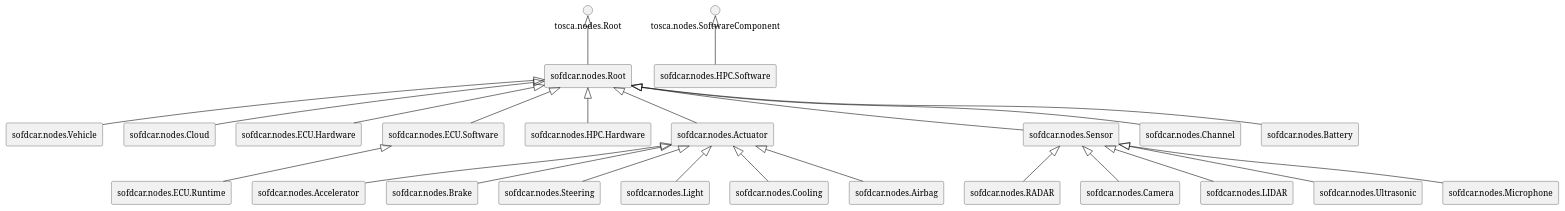
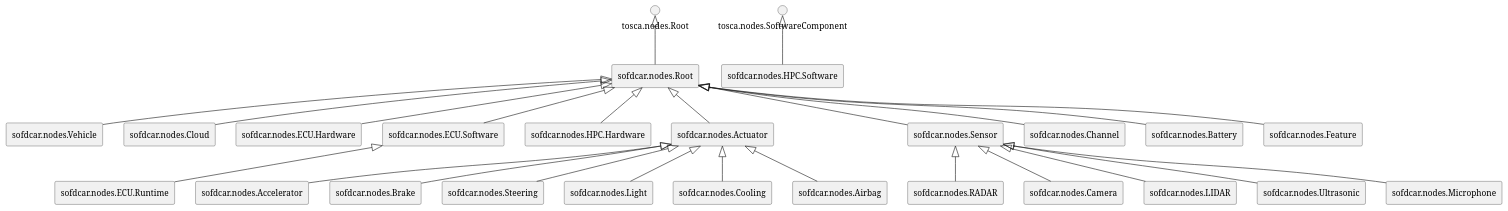
Before and after one commit to OpenTOSCA/opentosca-vintner: the diagram in docs/docs/sofdcar/tosca-sofdcar-profile-core.node-types.puml, drawn with PlantUML. The commit also changed 3 other files, not shown here.

```diff
--- a/docs/docs/sofdcar/tosca-sofdcar-profile-core.node-types.puml
+++ b/docs/docs/sofdcar/tosca-sofdcar-profile-core.node-types.puml
@@ -1,98 +1,102 @@
 @startuml
 skinparam componentStyle rectangle
 
 
 rectangle "sofdcar.nodes.Root"
 
 rectangle "sofdcar.nodes.Vehicle"
 
 rectangle "sofdcar.nodes.Cloud"
 
 rectangle "sofdcar.nodes.ECU.Hardware"
 
 rectangle "sofdcar.nodes.ECU.Software"
 
 rectangle "sofdcar.nodes.ECU.Runtime"
 
 rectangle "sofdcar.nodes.HPC.Software"
 
 rectangle "sofdcar.nodes.HPC.Hardware"
 
 rectangle "sofdcar.nodes.Actuator"
 
 rectangle "sofdcar.nodes.Accelerator"
 
 rectangle "sofdcar.nodes.Brake"
 
 rectangle "sofdcar.nodes.Steering"
 
 rectangle "sofdcar.nodes.Light"
 
 rectangle "sofdcar.nodes.Cooling"
 
 rectangle "sofdcar.nodes.Airbag"
 
 rectangle "sofdcar.nodes.Sensor"
 
 rectangle "sofdcar.nodes.RADAR"
 
 rectangle "sofdcar.nodes.Camera"
 
 rectangle "sofdcar.nodes.LIDAR"
 
 rectangle "sofdcar.nodes.Ultrasonic"
 
 rectangle "sofdcar.nodes.Microphone"
 
 rectangle "sofdcar.nodes.Channel"
 
 rectangle "sofdcar.nodes.Battery"
 
+rectangle "sofdcar.nodes.Feature"
+
 
 "tosca.nodes.Root" <|-- "sofdcar.nodes.Root"
 
 "sofdcar.nodes.Root" <|-- "sofdcar.nodes.Vehicle"
 
 "sofdcar.nodes.Root" <|-- "sofdcar.nodes.Cloud"
 
 "sofdcar.nodes.Root" <|-- "sofdcar.nodes.ECU.Hardware"
 
 "sofdcar.nodes.Root" <|-- "sofdcar.nodes.ECU.Software"
 
 "sofdcar.nodes.ECU.Software" <|-- "sofdcar.nodes.ECU.Runtime"
 
 "tosca.nodes.SoftwareComponent" <|-- "sofdcar.nodes.HPC.Software"
 
 "sofdcar.nodes.Root" <|-- "sofdcar.nodes.HPC.Hardware"
 
 "sofdcar.nodes.Root" <|-- "sofdcar.nodes.Actuator"
 
 "sofdcar.nodes.Actuator" <|-- "sofdcar.nodes.Accelerator"
 
 "sofdcar.nodes.Actuator" <|-- "sofdcar.nodes.Brake"
 
 "sofdcar.nodes.Actuator" <|-- "sofdcar.nodes.Steering"
 
 "sofdcar.nodes.Actuator" <|-- "sofdcar.nodes.Light"
 
 "sofdcar.nodes.Actuator" <|-- "sofdcar.nodes.Cooling"
 
 "sofdcar.nodes.Actuator" <|-- "sofdcar.nodes.Airbag"
 
 "sofdcar.nodes.Root" <|-- "sofdcar.nodes.Sensor"
 
 "sofdcar.nodes.Sensor" <|-- "sofdcar.nodes.RADAR"
 
 "sofdcar.nodes.Sensor" <|-- "sofdcar.nodes.Camera"
 
 "sofdcar.nodes.Sensor" <|-- "sofdcar.nodes.LIDAR"
 
 "sofdcar.nodes.Sensor" <|-- "sofdcar.nodes.Ultrasonic"
 
 "sofdcar.nodes.Sensor" <|-- "sofdcar.nodes.Microphone"
 
 "sofdcar.nodes.Root" <|-- "sofdcar.nodes.Channel"
 
 "sofdcar.nodes.Root" <|-- "sofdcar.nodes.Battery"
 
+"sofdcar.nodes.Root" <|-- "sofdcar.nodes.Feature"
+
 @enduml
```
